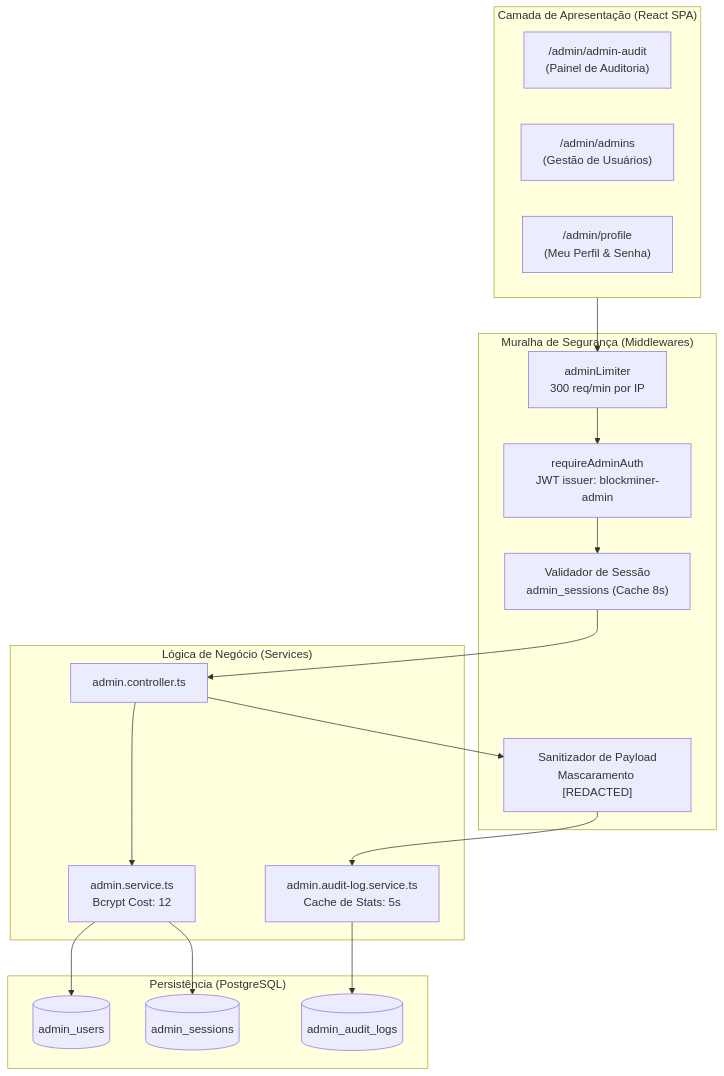
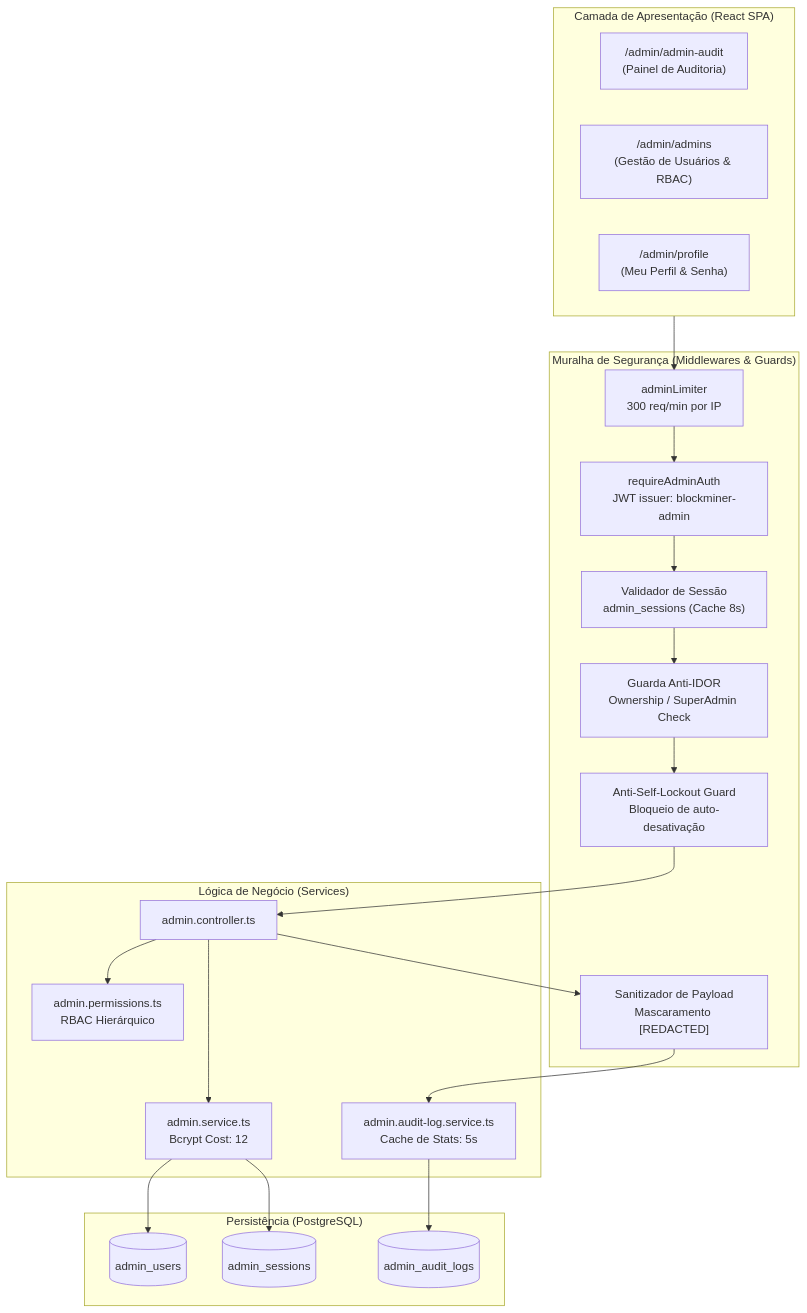
Before and after one commit to GustavoEmpresarial/BlockMiner: the diagram in docs/ADMIN_GOVERNANCE_AND_AUDIT.md, drawn with Mermaid. The commit also changed other lines of this file and 8 other files, not shown here.

Commit message:
feat(admin): admins management hardening — IDOR protection, self-lockout guard, active sessions aggregation, search & RBAC matrix UI

````diff
--- a/docs/ADMIN_GOVERNANCE_AND_AUDIT.md
+++ b/docs/ADMIN_GOVERNANCE_AND_AUDIT.md
@@ -12,38 +12,44 @@
 ```mermaid
 flowchart TD
     subgraph UI ["Camada de Apresentação (React SPA)"]
         AuditPage["/admin/admin-audit<br/>(Painel de Auditoria)"]
-        AdminsPage["/admin/admins<br/>(Gestão de Usuários)"]
+        AdminsPage["/admin/admins<br/>(Gestão de Usuários & RBAC)"]
         ProfilePage["/admin/profile<br/>(Meu Perfil & Senha)"]
     end
 
-    subgraph Security ["Muralha de Segurança (Middlewares)"]
+    subgraph Security ["Muralha de Segurança (Middlewares & Guards)"]
         RateLimit["adminLimiter<br/>300 req/min por IP"]
         AuthMiddleware["requireAdminAuth<br/>JWT issuer: blockminer-admin"]
         SessionValidator["Validador de Sessão<br/>admin_sessions (Cache 8s)"]
+        IDORGuard["Guarda Anti-IDOR<br/>Ownership / SuperAdmin Check"]
+        SelfLockoutGuard["Anti-Self-Lockout Guard<br/>Bloqueio de auto-desativação"]
         Sanitizer["Sanitizador de Payload<br/>Mascaramento [REDACTED]"]
     end
 
     subgraph Core ["Lógica de Negócio (Services)"]
         AdminCtrl["admin.controller.ts"]
         AuditService["admin.audit-log.service.ts<br/>Cache de Stats: 5s"]
         AdminService["admin.service.ts<br/>Bcrypt Cost: 12"]
+        PermService["admin.permissions.ts<br/>RBAC Hierárquico"]
     end
 
     subgraph DB ["Persistência (PostgreSQL)"]
         UsersTbl[("admin_users")]
         SessionsTbl[("admin_sessions")]
         AuditTbl[("admin_audit_logs")]
     end
 
     UI --> RateLimit
     RateLimit --> AuthMiddleware
     AuthMiddleware --> SessionValidator
-    SessionValidator --> AdminCtrl
+    SessionValidator --> IDORGuard
+    IDORGuard --> SelfLockoutGuard
+    SelfLockoutGuard --> AdminCtrl
     AdminCtrl --> Sanitizer
     Sanitizer --> AuditService
     AuditService --> AuditTbl
     AdminCtrl --> AdminService
+    AdminCtrl --> PermService
     AdminService --> UsersTbl
     AdminService --> SessionsTbl
 ```
````
